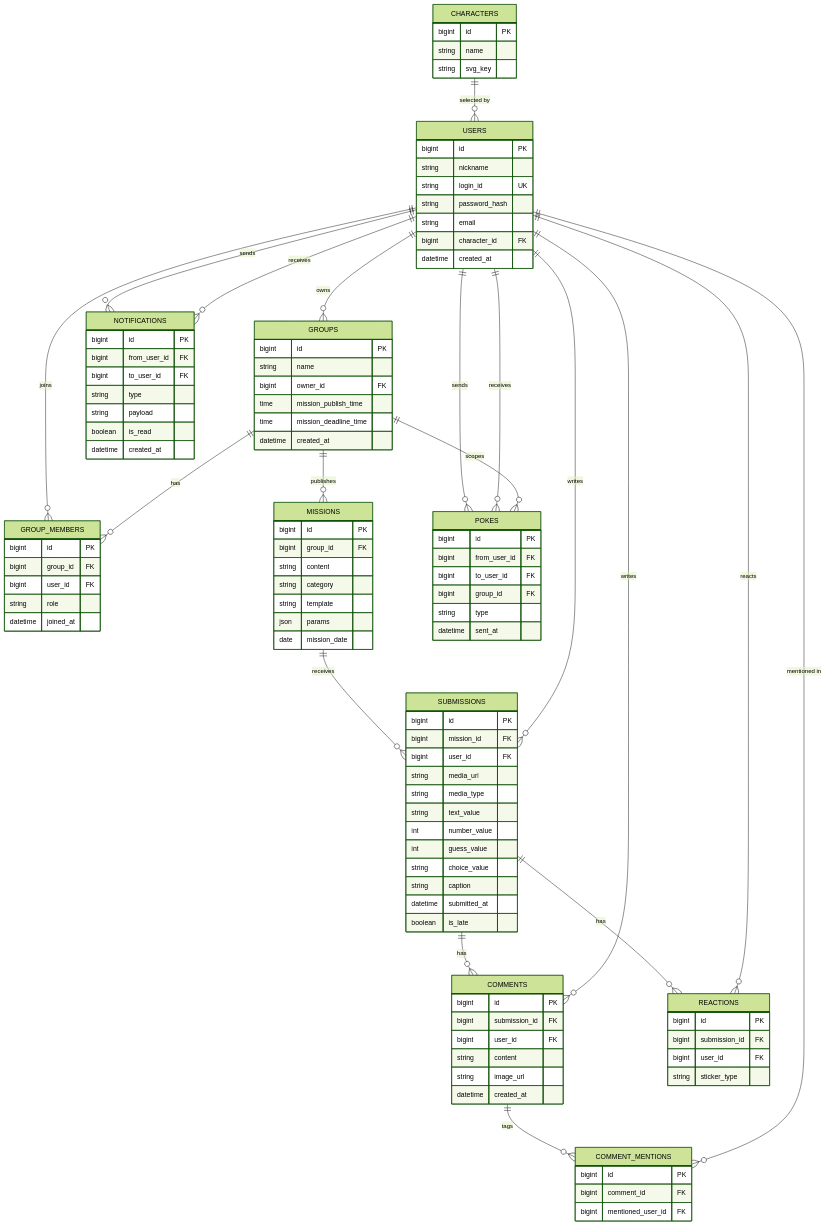
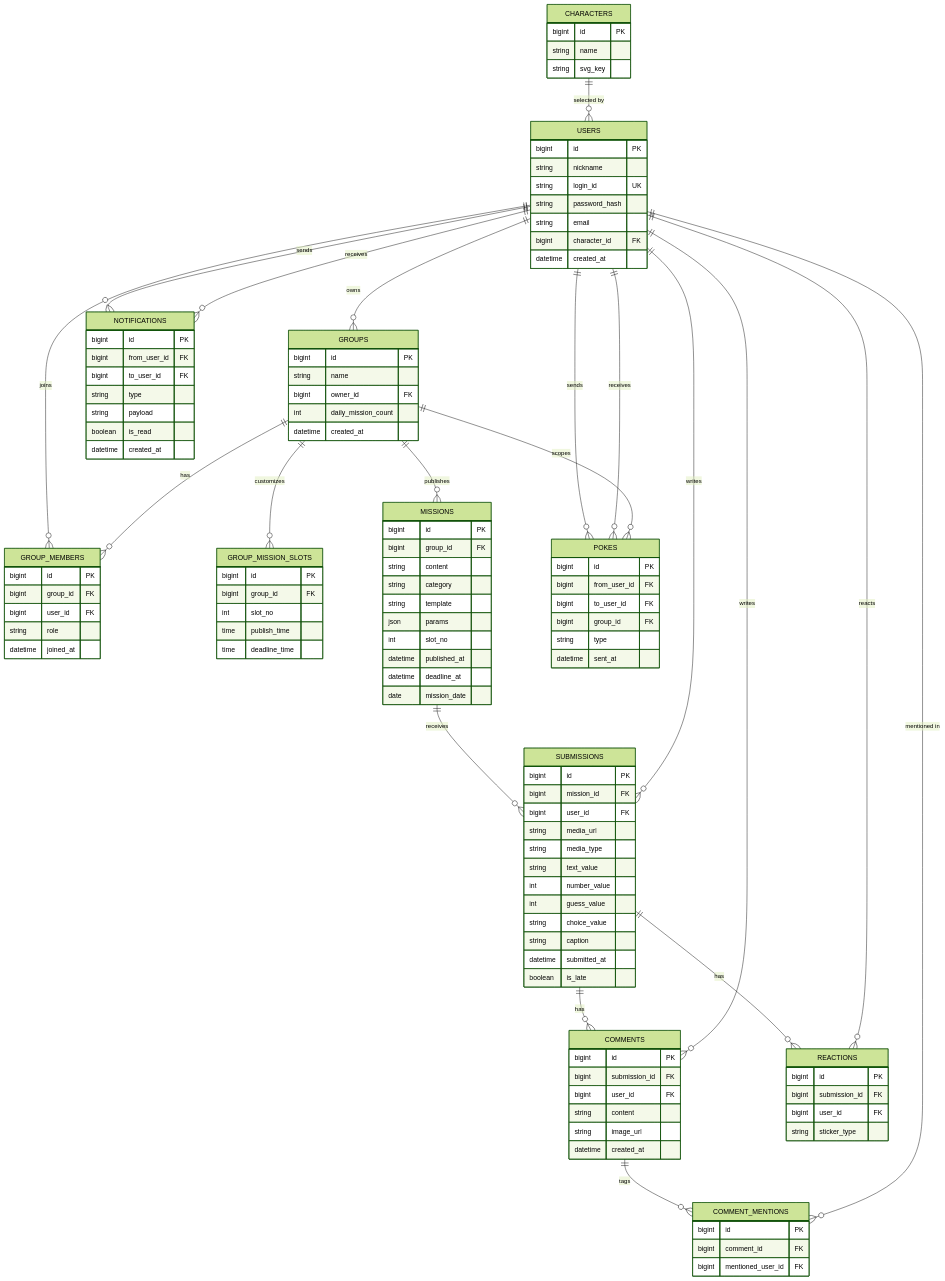
One commit to Maenghansoo1/Sapphire changed the diagram in docs/BACKEND/BACKEND_DB_ver0.1.md. Above: the diagram before and after it, drawn with Mermaid (forest theme). The commit also changed other lines of this file and 5 other files, not shown here.

```diff
--- a/docs/BACKEND/BACKEND_DB_ver0.1.md
+++ b/docs/BACKEND/BACKEND_DB_ver0.1.md
@@ -14,6 +14,7 @@
   USERS ||--o{ GROUPS : owns
   USERS ||--o{ GROUP_MEMBERS : joins
   GROUPS ||--o{ GROUP_MEMBERS : has
+  GROUPS ||--o{ GROUP_MISSION_SLOTS : customizes
   GROUPS ||--o{ MISSIONS : publishes
   MISSIONS ||--o{ SUBMISSIONS : receives
   USERS ||--o{ SUBMISSIONS : writes
@@ -42,9 +43,15 @@
     bigint id PK
     string name
     bigint owner_id FK
-    time mission_publish_time
-    time mission_deadline_time
+    int daily_mission_count
     datetime created_at
+  }
+  GROUP_MISSION_SLOTS {
+    bigint id PK
+    bigint group_id FK
+    int slot_no
+    time publish_time
+    time deadline_time
   }
   GROUP_MEMBERS {
     bigint id PK
@@ -60,6 +67,9 @@
     string category
     string template
     json params
+    int slot_no
+    datetime published_at
+    datetime deadline_at
     date mission_date
   }
   SUBMISSIONS {
```
